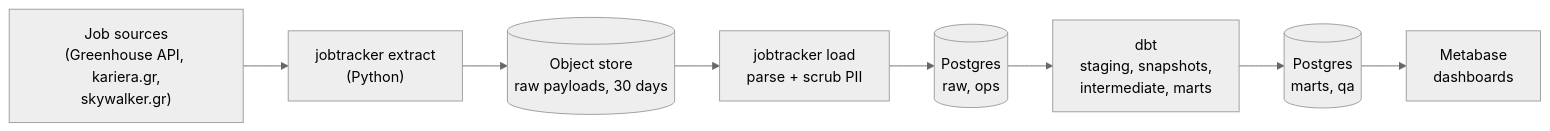
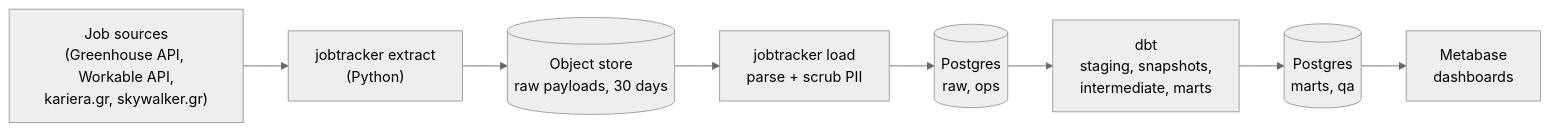
Before and after one commit to Turtel216/greek-job-market-tracker: the diagram in README.md, drawn with Mermaid (neutral theme). The commit also changed other lines of this file and 1 other file, not shown here.

Commit message:
Document the Workable source

````diff
--- a/README.md
+++ b/README.md
@@ -42,13 +42,13 @@
 ```mermaid
 flowchart LR
-    sources["Job sources<br/>(Greenhouse API, kariera.gr,<br/>skywalker.gr)"]
+    sources["Job sources<br/>(Greenhouse API, Workable API,<br/>kariera.gr, skywalker.gr)"]
     extract["jobtracker extract<br/>(Python)"]
     store[("Object store<br/>raw payloads, 30 days")]
     load["jobtracker load<br/>parse + scrub PII"]
     raw[("Postgres<br/>raw, ops")]
     dbt["dbt<br/>staging, snapshots,<br/>intermediate, marts"]
     marts[("Postgres<br/>marts, qa")]
     mb["Metabase<br/>dashboards"]
 
     sources --> extract --> store --> load --> raw --> dbt --> marts --> mb
 ```
````
